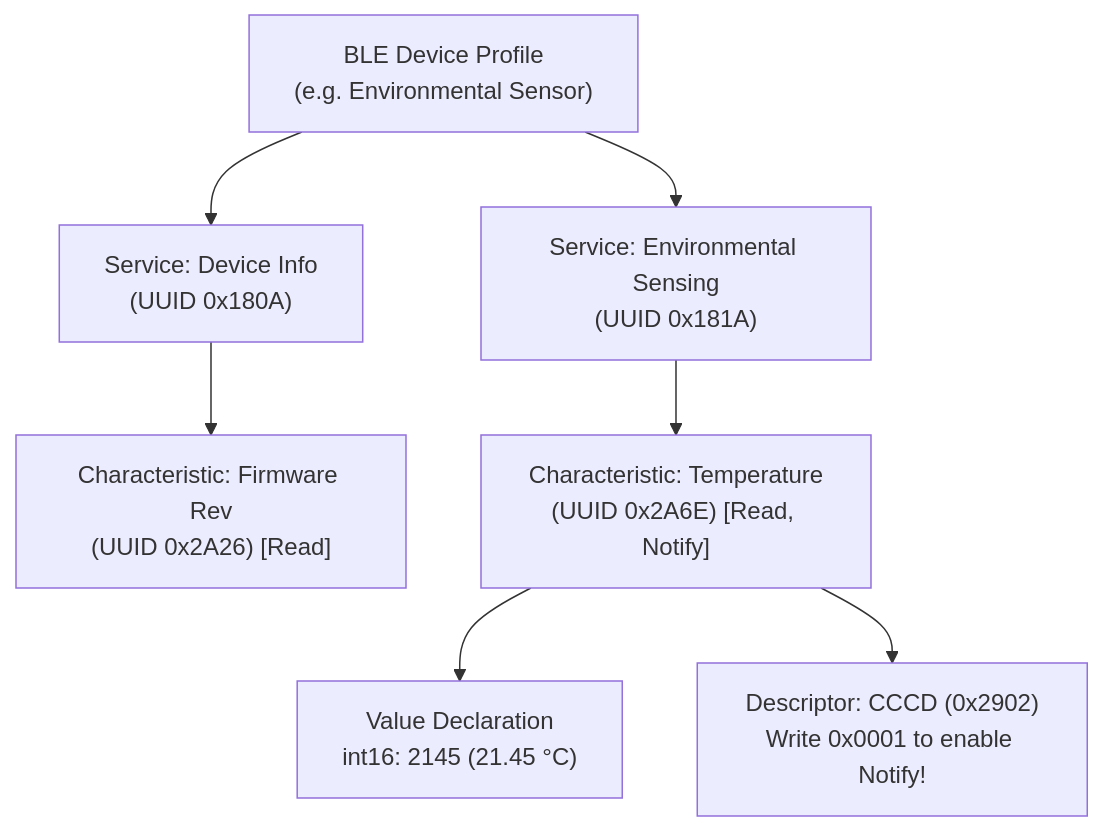
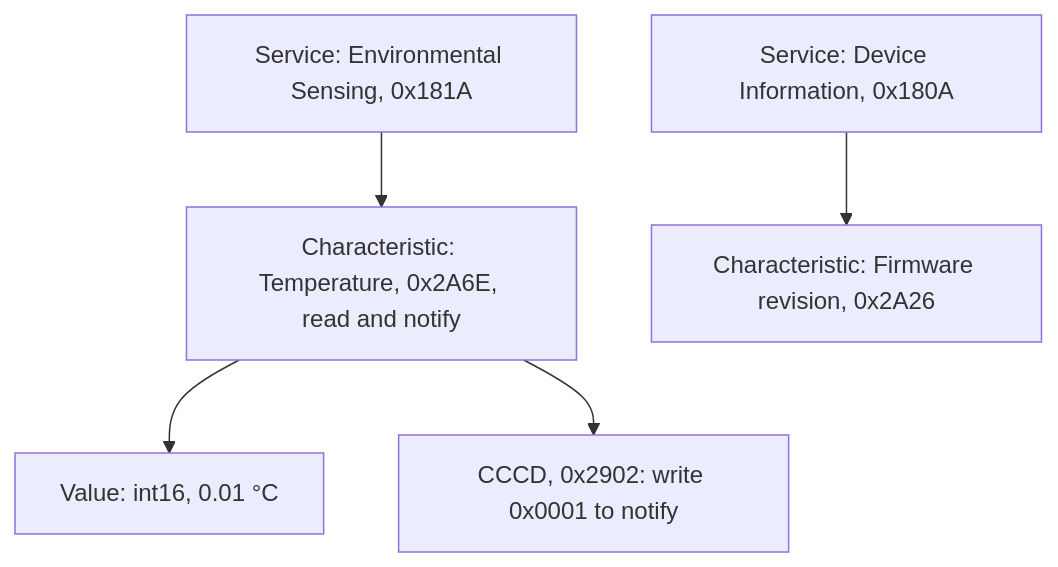
Before and after one commit to markbac/posters: the diagram in posters/iot/connectivity/ble-gatt.md, drawn with Mermaid. The commit also changed other lines of this file and 57 other files, not shown here.

````diff
--- a/posters/iot/connectivity/ble-gatt.md
+++ b/posters/iot/connectivity/ble-gatt.md
@@ -59,9 +58,7 @@
 ```mermaid
 flowchart TB
-  Profile["BLE Device Profile\n(e.g. Environmental Sensor)"] --> S1["Service: Device Info\n(UUID 0x180A)"]
-  Profile --> S2["Service: Environmental Sensing\n(UUID 0x181A)"]
-  S1 --> C1["Characteristic: Firmware Rev\n(UUID 0x2A26) [Read]"]
-  S2 --> C2["Characteristic: Temperature\n(UUID 0x2A6E) [Read, Notify]"]
-  C2 --> Val["Value Declaration\nint16: 2145 (21.45 °C)"]
-  C2 --> CCCD["Descriptor: CCCD (0x2902)\nWrite 0x0001 to enable Notify!"]
+  S2["Service: Environmental Sensing, 0x181A"] --> C2["Characteristic: Temperature, 0x2A6E, read and notify"]
+  C2 --> Val["Value: int16, 0.01 °C"]
+  C2 --> CCCD["CCCD, 0x2902: write 0x0001 to notify"]
+  S1["Service: Device Information, 0x180A"] --> C1["Characteristic: Firmware revision, 0x2A26"]
 ```
````
